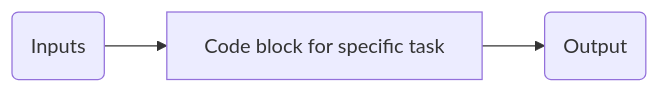
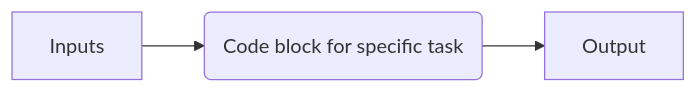
Before and after one commit to InforBio/ioc-r-2026: the fourth of 4 diagrams in ioc_r/week04/r_w04_slides.qmd, drawn with Mermaid. The commit also changed other lines of this file, not shown here.

Commit message:
fix: mermaid in slides #4

````diff
--- a/ioc_r/week04/r_w04_slides.qmd
+++ b/ioc_r/week04/r_w04_slides.qmd
@@ -472,7 +472,7 @@
 ```{mermaid}
 %%| echo: false
 %%| fig-width: 10
 flowchart LR
-  A(Inputs) --> B[Code block for specific task]
-  B --> C(Output)
+  A[Inputs] --> B(Code block for specific task)
+  B --> C[Output]
 ```
````
